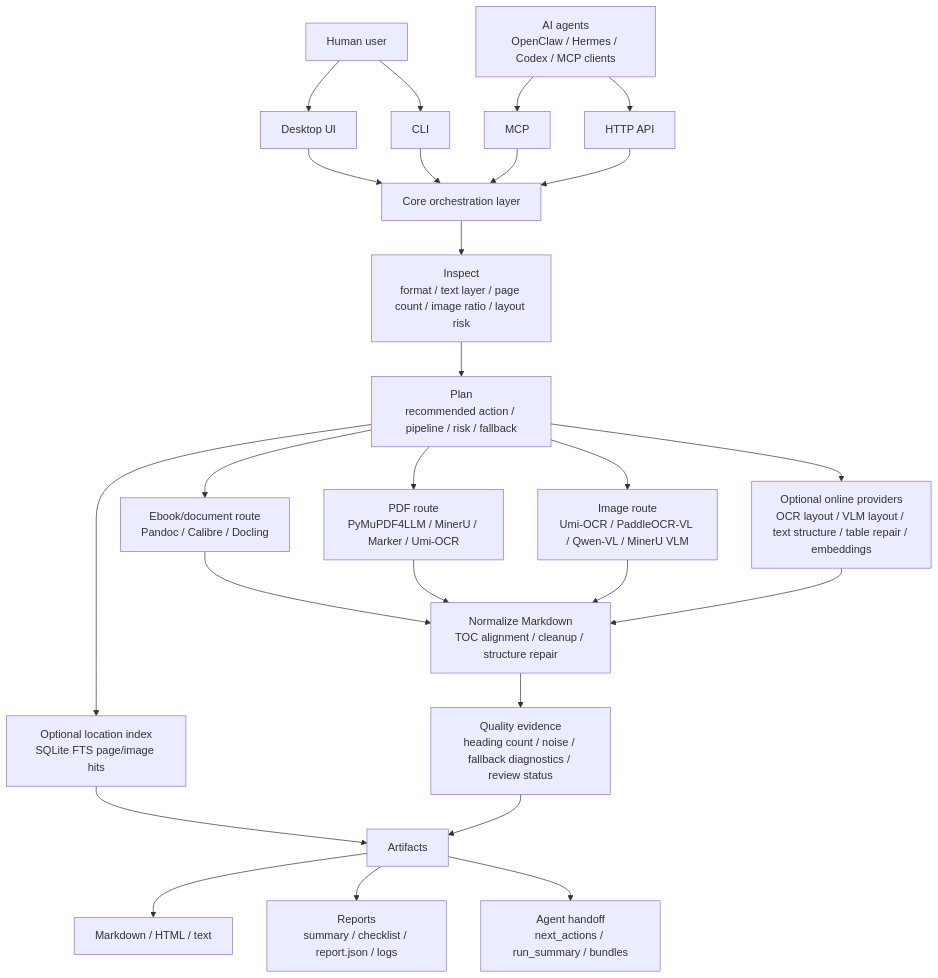
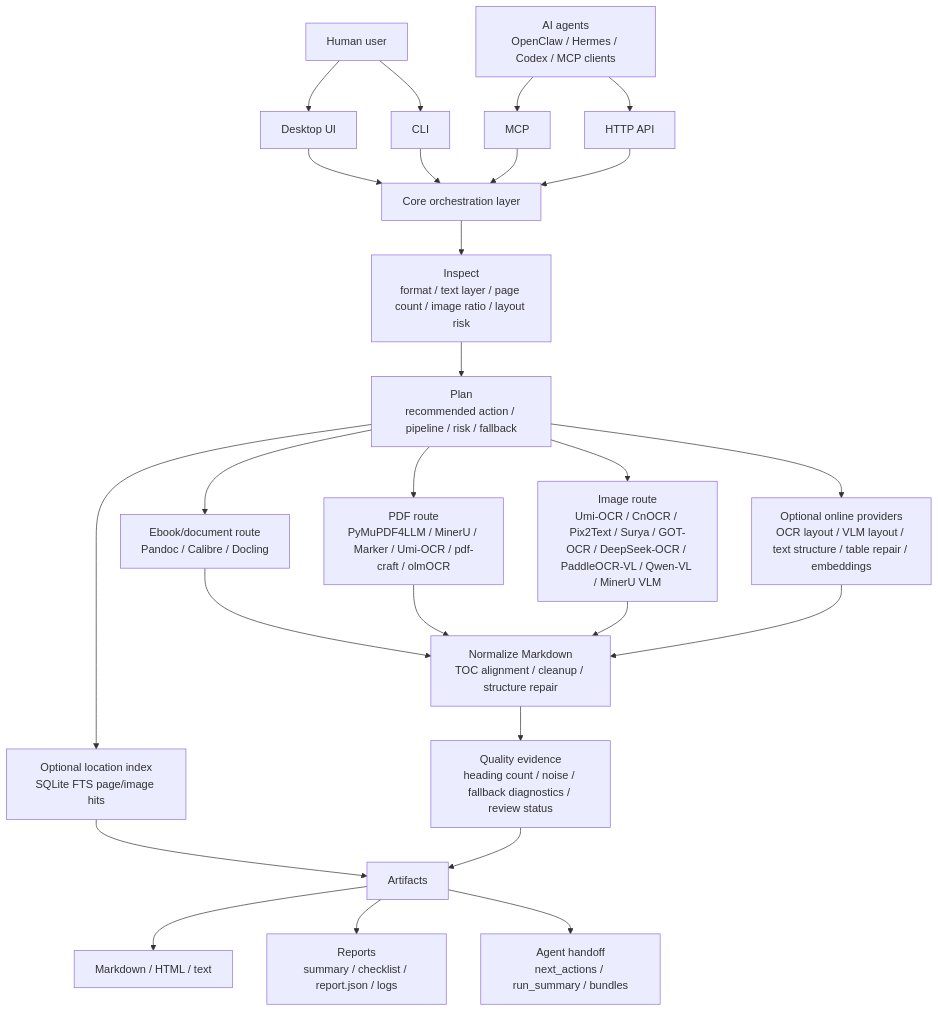
Before and after one commit to lightcoloror/ebook-markdown-pipeline: the diagram in docs/PROJECT_OVERVIEW.md, drawn with Mermaid. The commit also changed other lines of this file and 52 other files, not shown here.

````diff
--- a/docs/PROJECT_OVERVIEW.md
+++ b/docs/PROJECT_OVERVIEW.md
@@ -31,34 +31,34 @@
 ```mermaid
 flowchart TD
     user["Human user"] --> ui["Desktop UI"]
     user --> cli["CLI"]
     agent["AI agents\nOpenClaw / Hermes / Codex / MCP clients"] --> mcp["MCP"]
     agent --> http["HTTP API"]
 
     ui --> core["Core orchestration layer"]
     cli --> core
     mcp --> core
     http --> core
 
     core --> inspect["Inspect\nformat / text layer / page count / image ratio / layout risk"]
     inspect --> plan["Plan\nrecommended action / pipeline / risk / fallback"]
 
     plan --> ebook["Ebook/document route\nPandoc / Calibre / Docling"]
-    plan --> pdf["PDF route\nPyMuPDF4LLM / MinerU / Marker / Umi-OCR"]
-    plan --> image["Image route\nUmi-OCR / PaddleOCR-VL / Qwen-VL / MinerU VLM"]
+    plan --> pdf["PDF route\nPyMuPDF4LLM / MinerU / Marker / Umi-OCR / pdf-craft / olmOCR"]
+    plan --> image["Image route\nUmi-OCR / CnOCR / Pix2Text / Surya / GOT-OCR / DeepSeek-OCR / PaddleOCR-VL / Qwen-VL / MinerU VLM"]
     plan --> online["Optional online providers\nOCR layout / VLM layout / text structure / table repair / embeddings"]
     plan --> locator["Optional location index\nSQLite FTS page/image hits"]
 
     ebook --> normalize["Normalize Markdown\nTOC alignment / cleanup / structure repair"]
     pdf --> normalize
     image --> normalize
     online --> normalize
 
     normalize --> quality["Quality evidence\nheading count / noise / fallback diagnostics / review status"]
     locator --> artifacts["Artifacts"]
     quality --> artifacts
 
     artifacts --> outputs["Markdown / HTML / text"]
     artifacts --> reports["Reports\nsummary / checklist / report.json / logs"]
     artifacts --> handoff["Agent handoff\nnext_actions / run_summary / bundles"]
 ```
````
